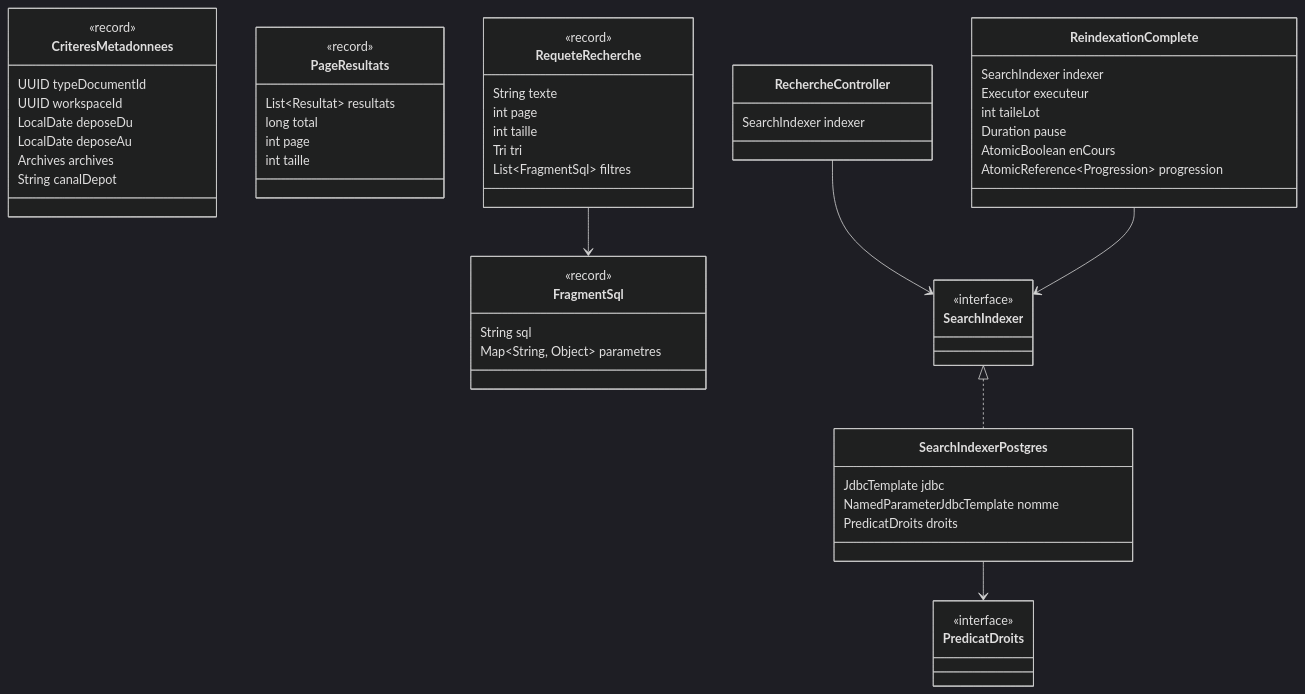
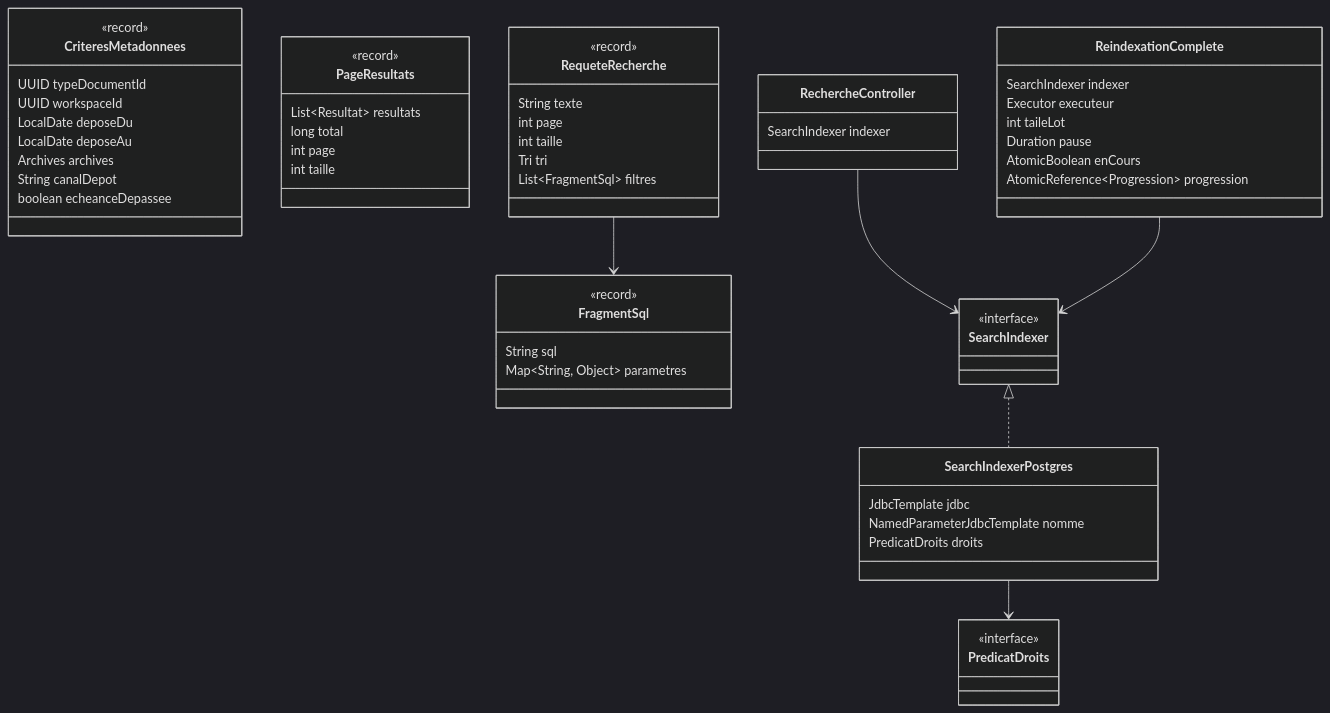
Before and after one commit to abddou2000/GED: the tenth of 23 diagrams in docs/modelisation/CLASSES.md, drawn with Mermaid (dark theme). The commit also changed other lines of this file and 13 other files, not shown here.

````diff
--- a/docs/modelisation/CLASSES.md
+++ b/docs/modelisation/CLASSES.md
@@ -1381,59 +1433,60 @@
 ```mermaid
 classDiagram
   class CriteresMetadonnees {
     <<record>>
     UUID typeDocumentId
     UUID workspaceId
     LocalDate deposeDu
     LocalDate deposeAu
     Archives archives
     String canalDepot
+    boolean echeanceDepassee
   }
   class FragmentSql {
     <<record>>
     String sql
     Map~String, Object~ parametres
   }
   class PageResultats {
     <<record>>
     List~Resultat~ resultats
     long total
     int page
     int taille
   }
   class PredicatDroits {
     <<interface>>
   }
   class RechercheController {
     SearchIndexer indexer
   }
   class ReindexationComplete {
     SearchIndexer indexer
     Executor executeur
     int taileLot
     Duration pause
     AtomicBoolean enCours
     AtomicReference~Progression~ progression
   }
   class RequeteRecherche {
     <<record>>
     String texte
     int page
     int taille
     Tri tri
     List~FragmentSql~ filtres
   }
   class SearchIndexer {
     <<interface>>
   }
   class SearchIndexerPostgres {
     JdbcTemplate jdbc
     NamedParameterJdbcTemplate nomme
     PredicatDroits droits
   }
   RechercheController --> SearchIndexer
   ReindexationComplete --> SearchIndexer
   RequeteRecherche --> FragmentSql
   SearchIndexer <|.. SearchIndexerPostgres
   SearchIndexerPostgres --> PredicatDroits
 ```
````
